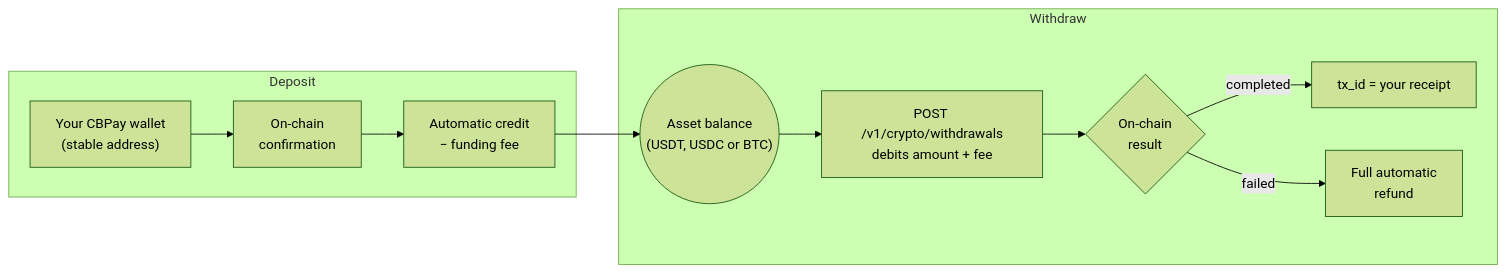
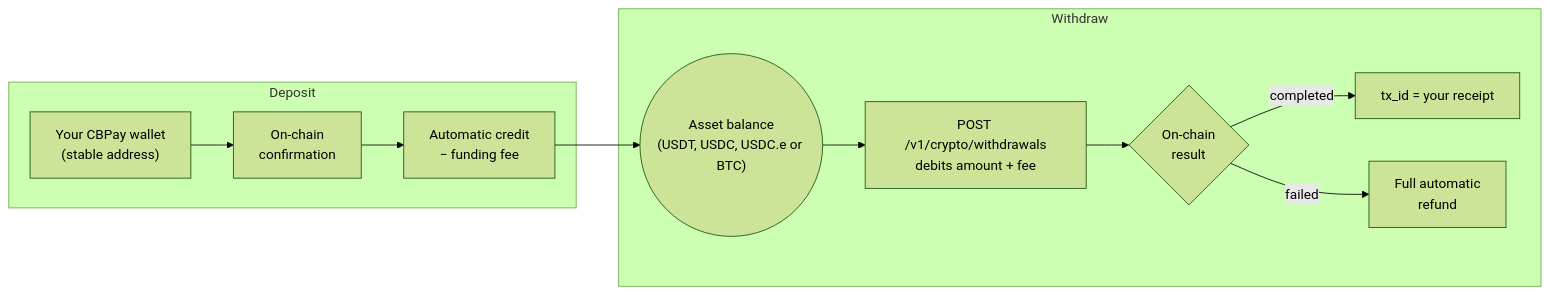
One commit to CBpayapp/cbpay-docs changed the diagram in en/guides/crypto.mdx. Above: the diagram before and after it, drawn with Mermaid (forest theme). The commit also changed other lines of this file and 64 other files, not shown here.

````diff
--- a/en/guides/crypto.mdx
+++ b/en/guides/crypto.mdx
@@ -26,14 +31,14 @@
 ```mermaid
 flowchart LR
     subgraph depositFlow [Deposit]
         wallet["Your CBPay wallet<br/>(stable address)"] --> confirmed["On-chain<br/>confirmation"]
         confirmed --> credit["Automatic credit<br/>− funding fee"]
     end
-    credit --> balance(("Asset balance<br/>(USDT, USDC or BTC)"))
+    credit --> balance(("Asset balance<br/>(USDT, USDC, USDC.e or BTC)"))
     subgraph withdrawFlow [Withdraw]
         balance --> withdrawal["POST /v1/crypto/withdrawals<br/>debits amount + fee"]
         withdrawal --> onchain{"On-chain<br/>result"}
         onchain -->|"completed"| txid["tx_id = your receipt"]
         onchain -->|"failed"| refund["Full automatic<br/>refund"]
     end
 ```
````
